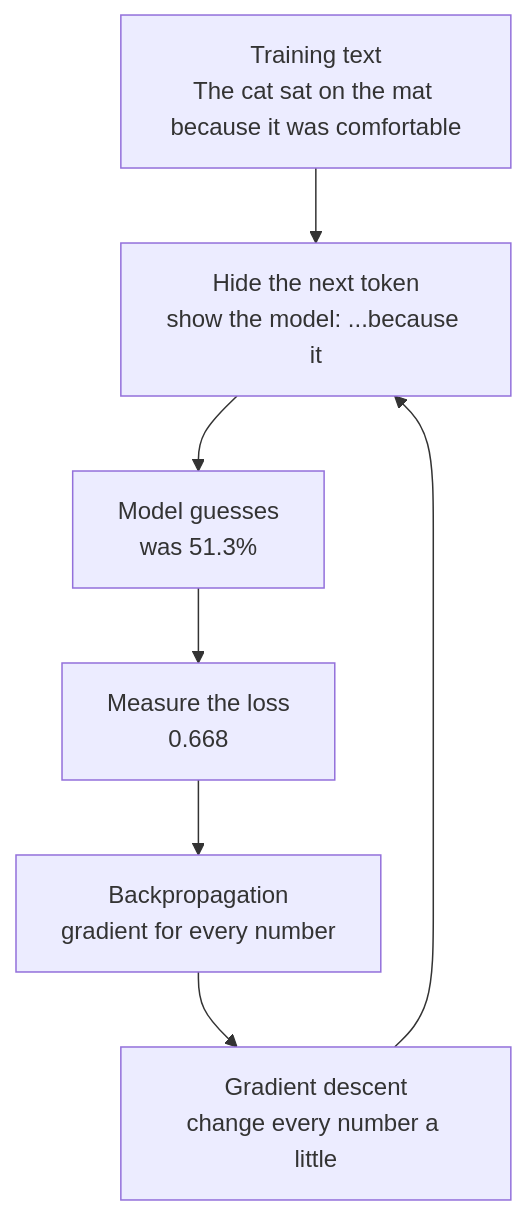
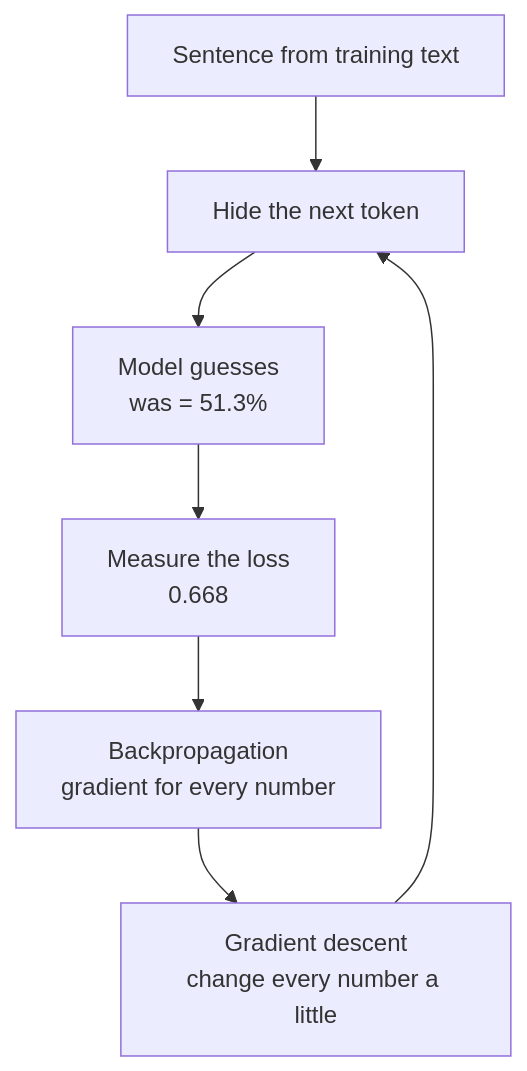
Before and after one commit to nirajp82/ClaudeArchitectStudyGuide: the first of 2 diagrams in 02_BuildingWithTheClaudeAPI/01-deep-dive-inside-the-model.md, drawn with Mermaid. The commit also changed other lines of this file, not shown here.

Commit message:
Rewrite the model deep dive in plain language with short sentences

````diff
--- a/02_BuildingWithTheClaudeAPI/01-deep-dive-inside-the-model.md
+++ b/02_BuildingWithTheClaudeAPI/01-deep-dive-inside-the-model.md
@@ -388,9 +393,9 @@
 ```mermaid
 flowchart TD
-    A[Training text<br/>The cat sat on the mat because it was comfortable] --> B[Hide the next token<br/>show the model: ...because it]
-    B --> C[Model guesses<br/>was 51.3%]
+    A[Sentence from training text] --> B[Hide the next token]
+    B --> C[Model guesses<br/>was = 51.3%]
     C --> D[Measure the loss<br/>0.668]
     D --> E[Backpropagation<br/>gradient for every number]
     E --> F[Gradient descent<br/>change every number a little]
     F --> B
 ```
````
